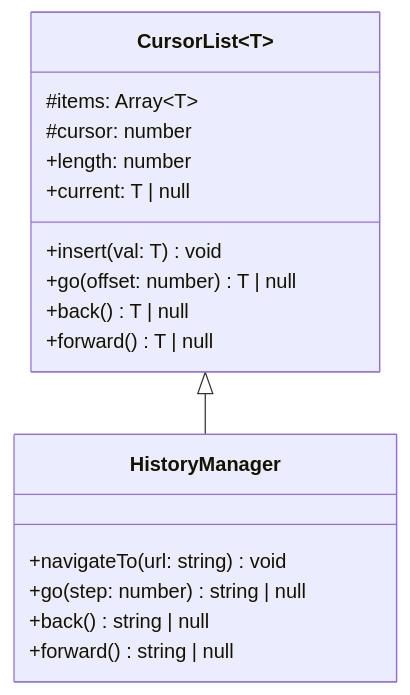
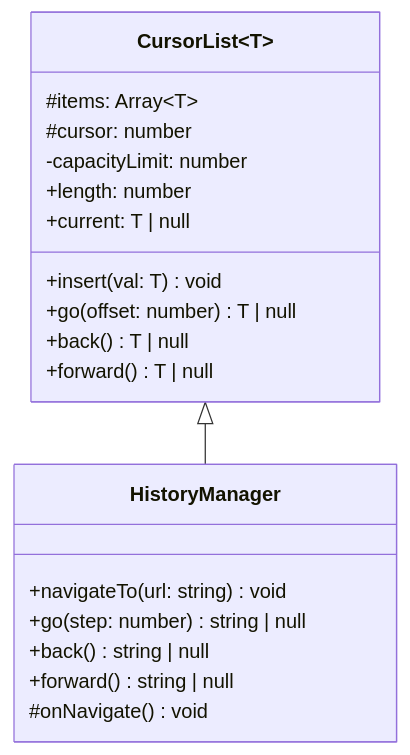
The diagram in README.md (darotar/learning-history-manager), drawn with Mermaid before and after one commit. The commit also changed 4 other files, not shown here.

Commit message:
added capacity limit

````diff
--- a/README.md
+++ b/README.md
@@ -1,22 +1,24 @@
 ```mermaid
 classDiagram
   class CursorList~T~ {
     #items: Array~T~
     #cursor: number
+    -capacityLimit: number
     +length: number
     +current: T | null
     +insert(val: T) void
     +go(offset: number) T | null
     +back() T | null
     +forward() T | null
   }
 
   class HistoryManager {
     +navigateTo(url: string) void
     +go(step: number) string | null
     +back() string | null
     +forward() string | null
+    #onNavigate() void
   }
 
   CursorList<|--HistoryManager
 ```
````
